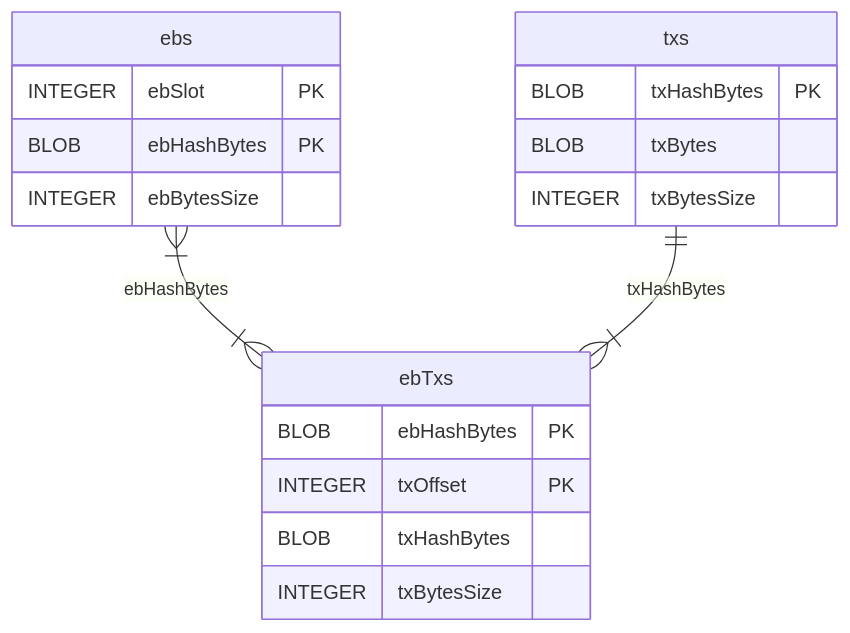
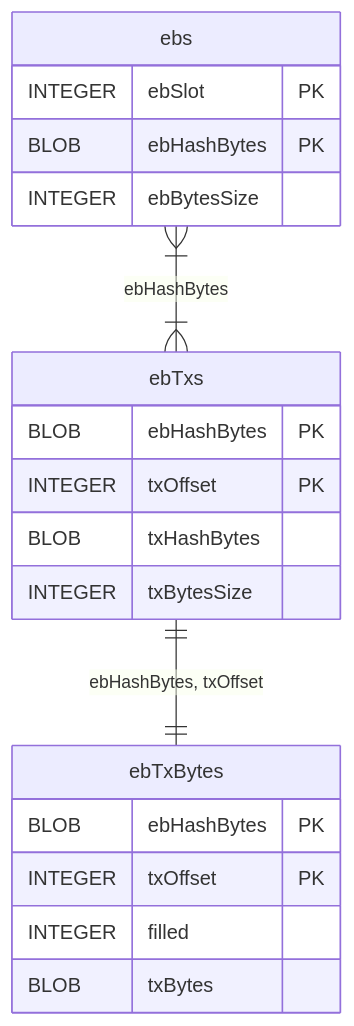
The third of 3 diagrams in packages/ouroboros-consensus/docs/website/contents/explanations/leiosdb.md (tweag/cardano-kosmos), drawn with Mermaid before and after one commit. The commit also changed other lines of this file and 104 other files, not shown here.

````diff
--- a/packages/ouroboros-consensus/docs/website/contents/explanations/leiosdb.md
+++ b/packages/ouroboros-consensus/docs/website/contents/explanations/leiosdb.md
@@ -93,22 +83,23 @@
 ```mermaid
 erDiagram
     ebs {
         INTEGER ebSlot PK
         BLOB ebHashBytes PK
         INTEGER ebBytesSize
     }
     ebTxs {
         BLOB ebHashBytes PK
         INTEGER txOffset PK
         BLOB txHashBytes
         INTEGER txBytesSize
     }
-    txs {
-        BLOB txHashBytes PK
+    ebTxBytes {
+        BLOB ebHashBytes PK
+        INTEGER txOffset PK
+        INTEGER filled
         BLOB txBytes
-        INTEGER txBytesSize
     }
 
     ebs }|--|{ ebTxs : "ebHashBytes"
-    txs ||--|{ ebTxs : "txHashBytes"
+    ebTxs ||--|| ebTxBytes : "ebHashBytes, txOffset"
 ```
````
